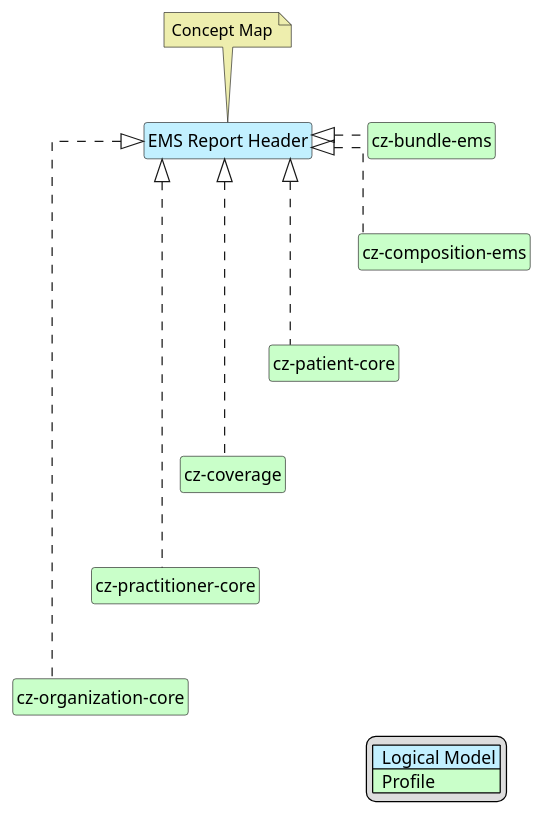
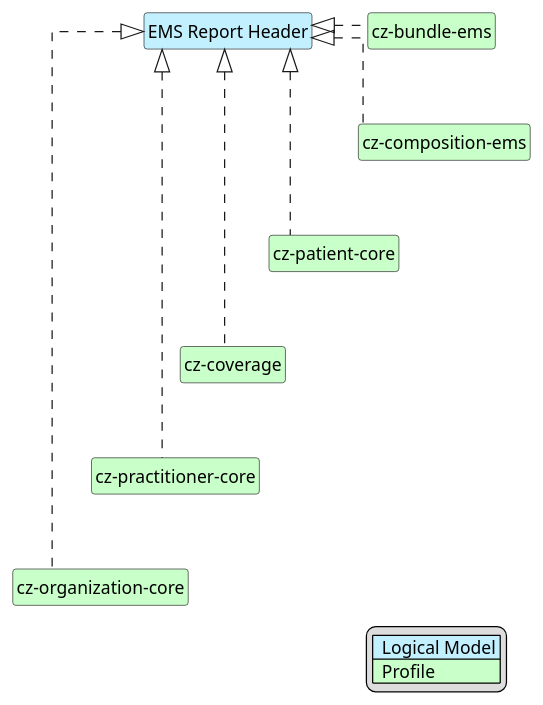
The diagram in input/images-source/emsHead-map.plantuml (HL7-cz/cz-ems), drawn with PlantUML before and after one commit. The commit also changed 23 other files, not shown here.

Commit message:
úprava plantuml schémat

```diff
--- a/input/images-source/emsHead-map.plantuml
+++ b/input/images-source/emsHead-map.plantuml
@@ -1,39 +1,36 @@
 @startuml
 hide circle
 hide stereotype
 hide members
 hide methods
 skinparam linetype ortho
 skinparam class {
 BackgroundColor<<LogicalModel>> #APPLICATION
 BackgroundColor<<Profile>> #TECHNOLOGY
 }
 legend right
 | <#APPLICATION>  Logical Model |
 | <#TECHNOLOGY>  Profile |
 endlegend
 class "EMS Report Header" <<LogicalModel>> [[StructureDefinition-HeaderEmsCz.html]]
-note top #EEEEAE [[ConceptMap-Header2FHIR-cz.html]]
-Concept Map
-endnote
 
 class "cz-organization-core" <<Profile>> [[https://build.fhir.org/ig/HL7-cz/cz-core/StructureDefinition-cz-organization-core.html]]
 class "cz-coverage" <<Profile>> [[https://build.fhir.org/ig/HL7-cz/cz-core/StructureDefinition-cz-coverage.html]]
 class "cz-patient-core" <<Profile>> [[https://build.fhir.org/ig/HL7-cz/cz-core/StructureDefinition-cz-patient-core.html]]
 class "cz-practitioner-core" <<Profile>> [[https://build.fhir.org/ig/HL7-cz/cz-core/StructureDefinition-cz-practitioner-core.html]]
 class "cz-bundle-ems" <<Profile>> [[StructureDefinition-cz-bundle-ems.html]]
 class "cz-composition-ems" <<Profile>> [[StructureDefinition-cz-composition-ems.html]]
 
 "EMS Report Header" <|. "cz-composition-ems"
 "EMS Report Header" <|. "cz-bundle-ems"
 "EMS Report Header" <|. "cz-patient-core"
 "EMS Report Header" <|. "cz-coverage"
 "EMS Report Header" <|. "cz-practitioner-core"
 "EMS Report Header" <|. "cz-organization-core"
 
 "cz-bundle-ems" -d[hidden]-> "cz-composition-ems"
 "cz-composition-ems" -d[hidden]-> "cz-patient-core"
 "cz-patient-core" -d[hidden]-> "cz-coverage"
 "cz-coverage" -d[hidden]-> "cz-practitioner-core"
 "cz-practitioner-core" -d[hidden]-> "cz-organization-core"
 @enduml
```
